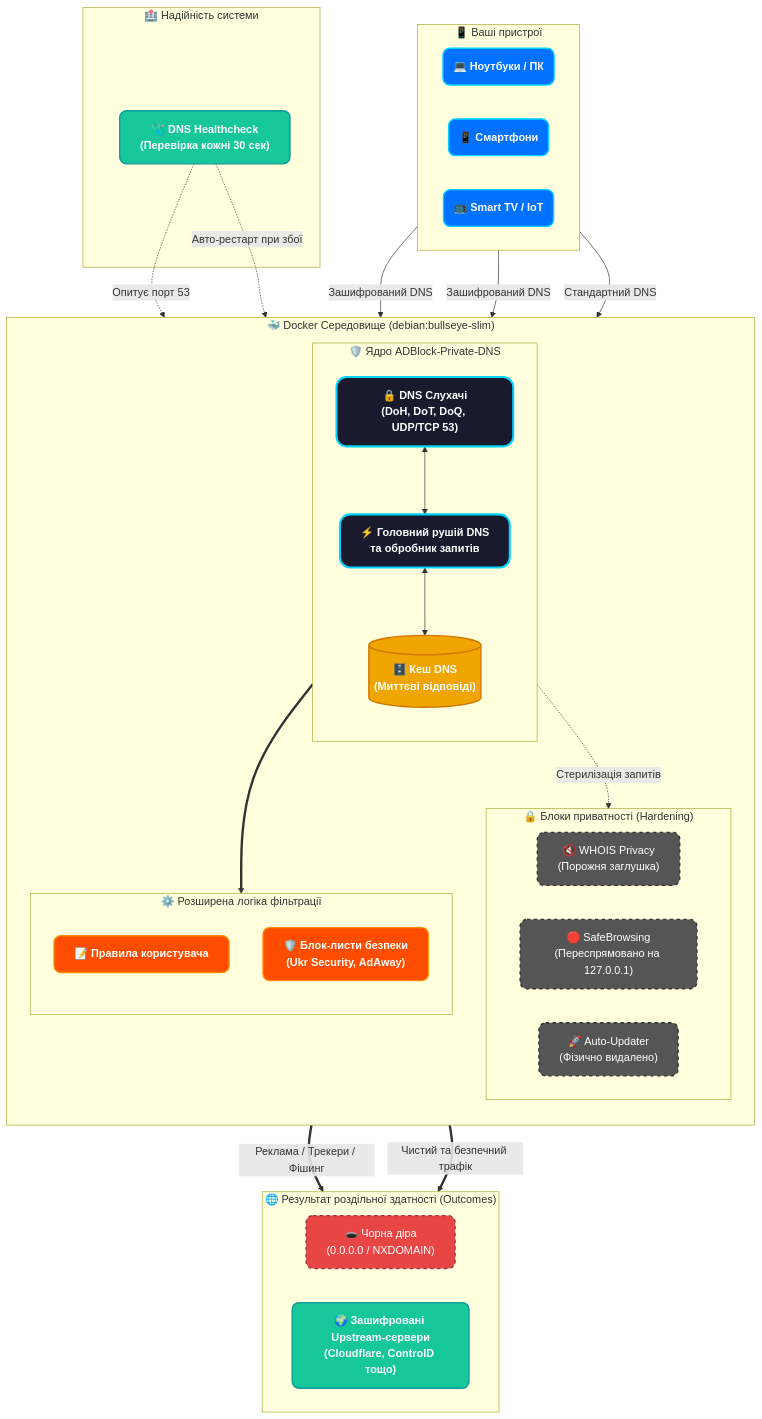
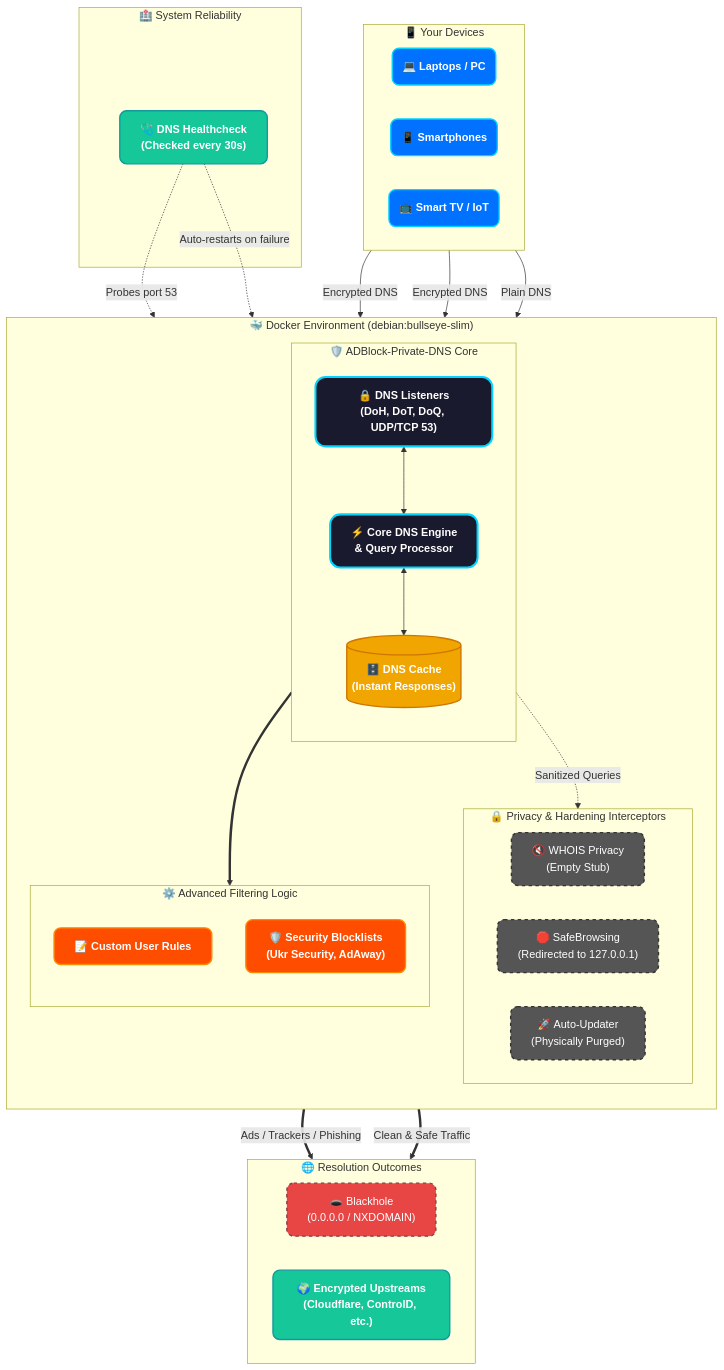
One commit to weby-homelab/adblock-pd changed the diagram in README.md. Above: the diagram before and after it, drawn with Mermaid. The commit also changed other lines of this file and 3 other files, not shown here.

````diff
--- a/README.md
+++ b/README.md
@@ -54,71 +54,71 @@
 ```mermaid
 flowchart TD
     %% Styling
     classDef client fill:#0072ff,stroke:#00d4ff,stroke-width:2px,color:#fff,font-weight:bold,rx:10,ry:10;
     classDef server fill:#1a1a2e,stroke:#00d4ff,stroke-width:3px,color:#fff,font-weight:bold,rx:15,ry:15;
     classDef filter fill:#ff4d00,stroke:#ff8c00,stroke-width:2px,color:#fff,font-weight:bold,rx:10,ry:10;
     classDef block fill:#e84545,stroke:#903749,stroke-width:2px,color:#fff,stroke-dasharray: 5 5,rx:10,ry:10;
     classDef upstream fill:#16c79a,stroke:#11999e,stroke-width:2px,color:#fff,font-weight:bold,rx:10,ry:10;
     classDef cache fill:#f0a500,stroke:#cf7500,stroke-width:2px,color:#fff,font-weight:bold,rx:10,ry:10;
     classDef dummy fill:#555,stroke:#333,stroke-width:2px,color:#fff,stroke-dasharray: 5 5,rx:10,ry:10;
 
     %% Components
-    subgraph Clients ["📱 Ваші пристрої"]
+    subgraph Clients ["📱 Your Devices"]
         direction LR
-        C1("💻 Ноутбуки / ПК"):::client
-        C2("📱 Смартфони"):::client
+        C1("💻 Laptops / PC"):::client
+        C2("📱 Smartphones"):::client
         C3("📺 Smart TV / IoT"):::client
     end
 
-    subgraph Docker ["🐳 Docker Середовище (debian:bullseye-slim)"]
+    subgraph Docker ["🐳 Docker Environment (debian:bullseye-slim)"]
         direction TB
         
-        subgraph ADBlock_PD ["🛡️ Ядро ADBlock-Private-DNS"]
+        subgraph ADBlock_PD ["🛡️ ADBlock-Private-DNS Core"]
             direction TB
-            Proto["🔒 DNS Слухачі<br>(DoH, DoT, DoQ, UDP/TCP 53)"]:::server
-            Engine["⚡ Головний рушій DNS<br>та обробник запитів"]:::server
-            Cache[("🗄️ Кеш DNS<br>(Миттєві відповіді)")]:::cache
+            Proto["🔒 DNS Listeners<br>(DoH, DoT, DoQ, UDP/TCP 53)"]:::server
+            Engine["⚡ Core DNS Engine<br>& Query Processor"]:::server
+            Cache[("🗄️ DNS Cache<br>(Instant Responses)")]:::cache
             
             Proto <--> Engine
             Engine <--> Cache
         end
         
-        subgraph Hardening ["🔒 Блоки приватності (Hardening)"]
+        subgraph Hardening ["🔒 Privacy & Hardening Interceptors"]
             direction LR
-            H1["🔇 WHOIS Privacy<br>(Порожня заглушка)"]:::dummy
-            H2["🛑 SafeBrowsing<br>(Переспрямовано на 127.0.0.1)"]:::dummy
-            H3["🚀 Auto-Updater<br>(Фізично видалено)"]:::dummy
+            H1["🔇 WHOIS Privacy<br>(Empty Stub)"]:::dummy
+            H2["🛑 SafeBrowsing<br>(Redirected to 127.0.0.1)"]:::dummy
+            H3["🚀 Auto-Updater<br>(Physically Purged)"]:::dummy
         end
         
-        Engine -.->|Стерилізація запитів| Hardening
+        Engine -.->|Sanitized Queries| Hardening
         
-        subgraph Logic ["⚙️ Розширена логіка фільтрації"]
+        subgraph Logic ["⚙️ Advanced Filtering Logic"]
             direction TB
-            Rules1["📝 Правила користувача"]:::filter
-            Rules2["🛡️ Блок-листи безпеки<br>(Ukr Security, AdAway)"]:::filter
+            Rules1["📝 Custom User Rules"]:::filter
+            Rules2["🛡️ Security Blocklists<br>(Ukr Security, AdAway)"]:::filter
         end
         
         Engine ==> Logic
     end
 
-    subgraph Outcomes ["🌐 Результат роздільної здатності (Оutcomes)"]
+    subgraph Outcomes ["🌐 Resolution Outcomes"]
         direction LR
-        Null["🕳️ Чорна діра<br>(0.0.0.0 / NXDOMAIN)"]:::block
-        U1["🌍 Зашифровані Upstream-сервери<br>(Cloudflare, ControlD тощо)"]:::upstream
+        Null["🕳️ Blackhole<br>(0.0.0.0 / NXDOMAIN)"]:::block
+        U1["🌍 Encrypted Upstreams<br>(Cloudflare, ControlD, etc.)"]:::upstream
     end
 
-    subgraph Monitoring ["🏥 Надійність системи"]
-        HC["🩺 DNS Healthcheck<br>(Перевірка кожні 30 сек)"]:::upstream
+    subgraph Monitoring ["🏥 System Reliability"]
+        HC["🩺 DNS Healthcheck<br>(Checked every 30s)"]:::upstream
     end
 
     %% Connections
-    C1 -->|Зашифрований DNS| Proto
-    C2 -->|Зашифрований DNS| Proto
-    C3 -->|Стандартний DNS| Proto
+    C1 -->|Encrypted DNS| Proto
+    C2 -->|Encrypted DNS| Proto
+    C3 -->|Plain DNS| Proto
 
-    Logic =="Реклама / Трекери / Фішинг"==> Null
-    Logic =="Чистий та безпечний трафік"==> U1
+    Logic =="Ads / Trackers / Phishing"==> Null
+    Logic =="Clean & Safe Traffic"==> U1
     
-    HC -.->|Опитує порт 53| Proto
-    HC -.->|Авто-рестарт при збої| Docker
+    HC -.->|Probes port 53| Proto
+    HC -.->|Auto-restarts on failure| Docker
 ```
````
